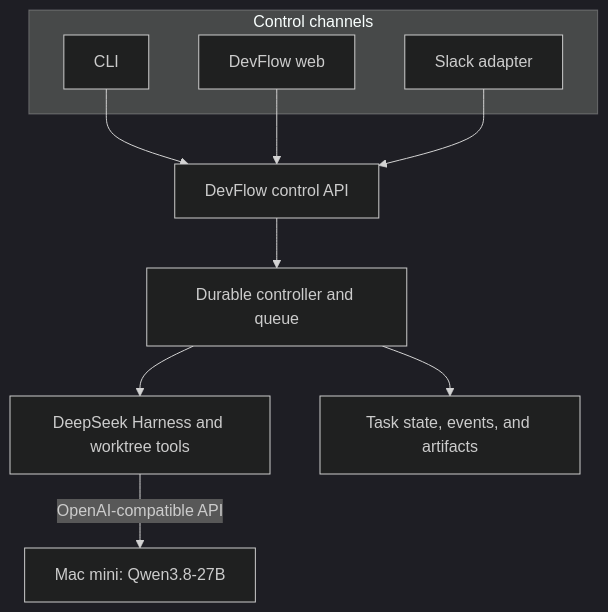
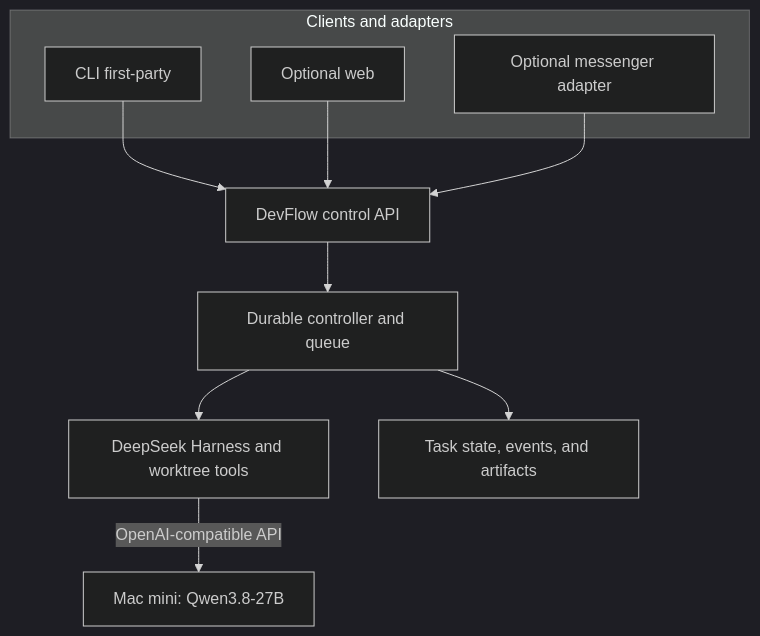
The first of 2 diagrams in docs/architecture.md (MajestaNet/two), drawn with Mermaid (dark theme) before and after one commit. The commit also changed other lines of this file and 23 other files, not shown here.

First line of the commit message:
docs: treat Slack as the optional MVP adapter, not the product

````diff
--- a/docs/architecture.md
+++ b/docs/architecture.md
@@ -93,15 +93,15 @@
 ```mermaid
 flowchart TB
-    subgraph Channels["Control channels"]
-        CLI["CLI"]
-        WEB["DevFlow web"]
-        MSG["Slack adapter"]
+    subgraph Channels["Clients and adapters"]
+        CLI["CLI first-party"]
+        WEB["Optional web"]
+        MSG["Optional messenger adapter"]
     end
     CLI --> API["DevFlow control API"]
     WEB --> API
     MSG --> API
     API --> C["Durable controller and queue"]
     C --> H["DeepSeek Harness and worktree tools"]
     C --> S["Task state, events, and artifacts"]
     H -->|"OpenAI-compatible API"| M["Mac mini: Qwen3.8-27B"]
 ```
````
